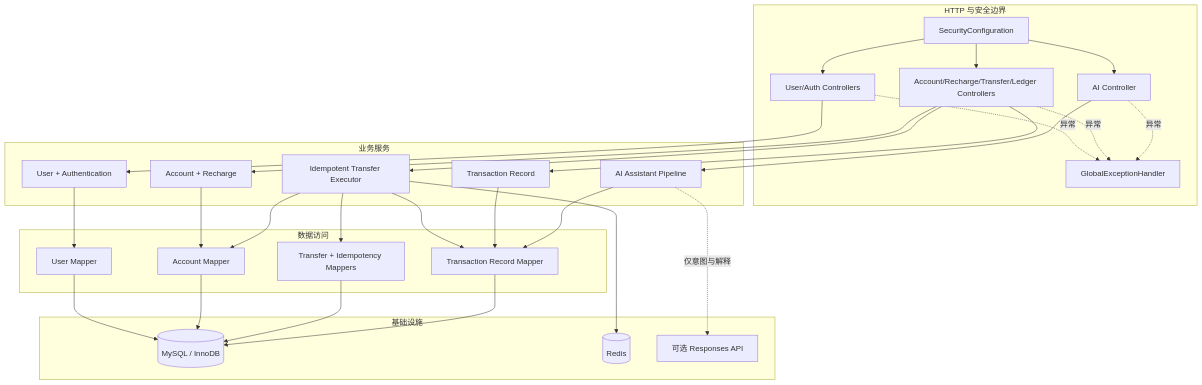
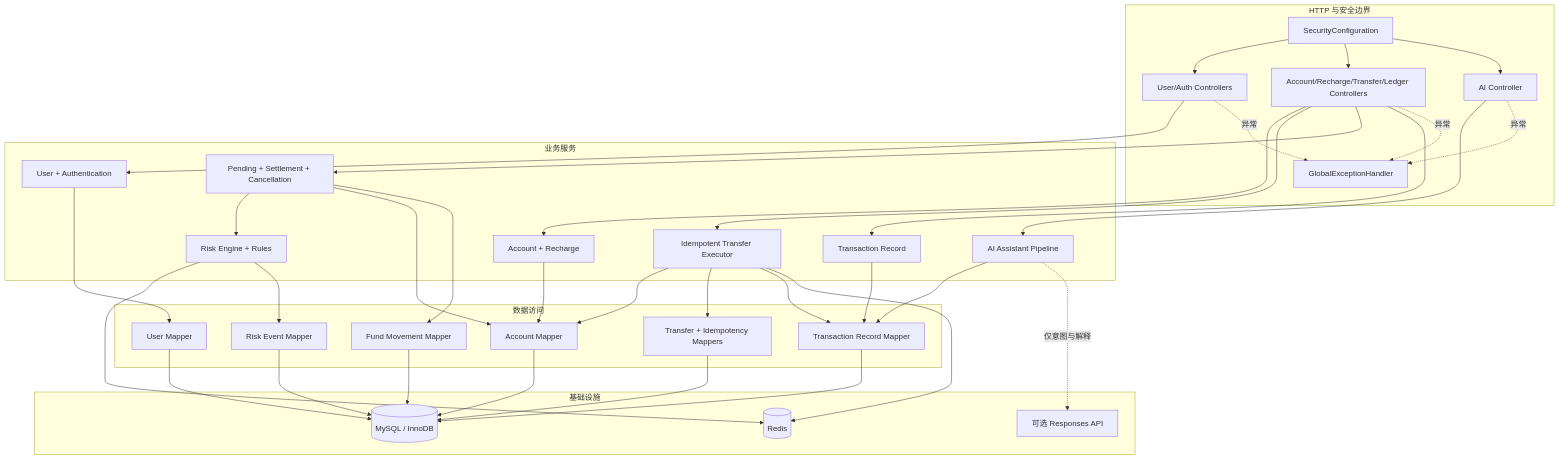
One commit to wwdaas/finledger changed the first of 6 diagrams in docs/architecture.md. Above: the diagram before and after it, drawn with Mermaid. The commit also changed other lines of this file and 8 other files, not shown here.

Commit message:
docs: explain settlement risk controls and interviews

````diff
--- a/docs/architecture.md
+++ b/docs/architecture.md
@@ -19,48 +19,58 @@
 ```mermaid
 flowchart TB
     subgraph HTTP[HTTP 与安全边界]
         SC[SecurityConfiguration]
         UC[User/Auth Controllers]
         BC[Account/Recharge/Transfer/Ledger Controllers]
         AC[AI Controller]
         EH[GlobalExceptionHandler]
     end
 
     subgraph Domain[业务服务]
         US[User + Authentication]
         AS[Account + Recharge]
         TS[Idempotent Transfer Executor]
+        SS[Pending + Settlement + Cancellation]
+        RS[Risk Engine + Rules]
         LS[Transaction Record]
         AIS[AI Assistant Pipeline]
     end
 
     subgraph Data[数据访问]
         UM[User Mapper]
         AM[Account Mapper]
         TM[Transfer + Idempotency Mappers]
         LM[Transaction Record Mapper]
+        FM[Fund Movement Mapper]
+        RM[Risk Event Mapper]
     end
 
     subgraph External[基础设施]
         DB[(MySQL / InnoDB)]
         RD[(Redis)]
         LLM[可选 Responses API]
     end
 
     SC --> UC
     SC --> BC
     SC --> AC
     UC --> US --> UM --> DB
     BC --> AS --> AM --> DB
     BC --> TS
+    BC --> SS
     TS --> AM
     TS --> TM --> DB
     TS --> LM --> DB
     TS --> RD
+    SS --> RS
+    RS --> RD
+    SS --> AM
+    SS --> FM --> DB
+    RS --> RM --> DB
     BC --> LS --> LM
     AC --> AIS --> LM
     AIS -. 仅意图与解释 .-> LLM
     UC -. 异常 .-> EH
     BC -. 异常 .-> EH
     AC -. 异常 .-> EH
 ```
````
